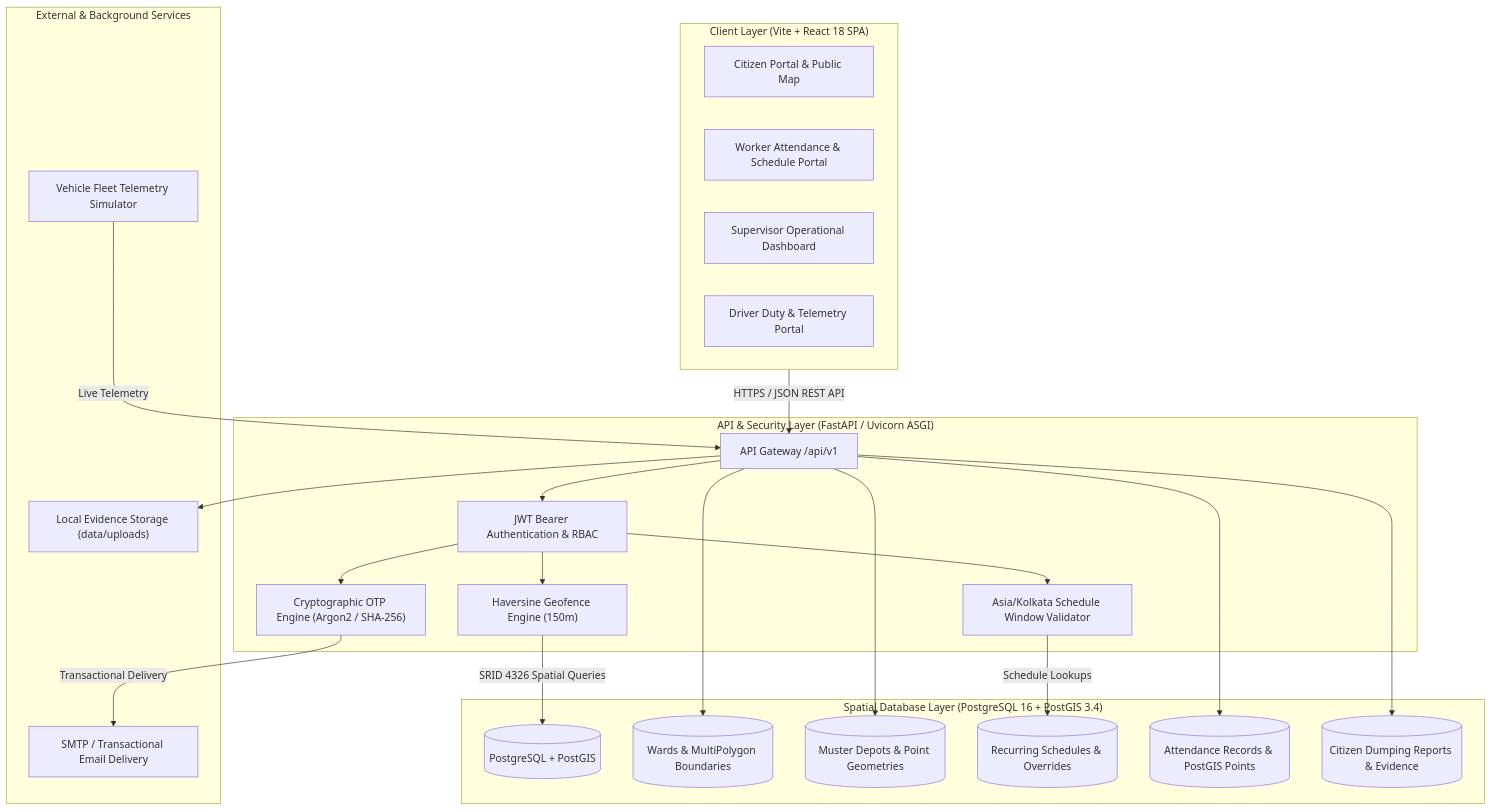
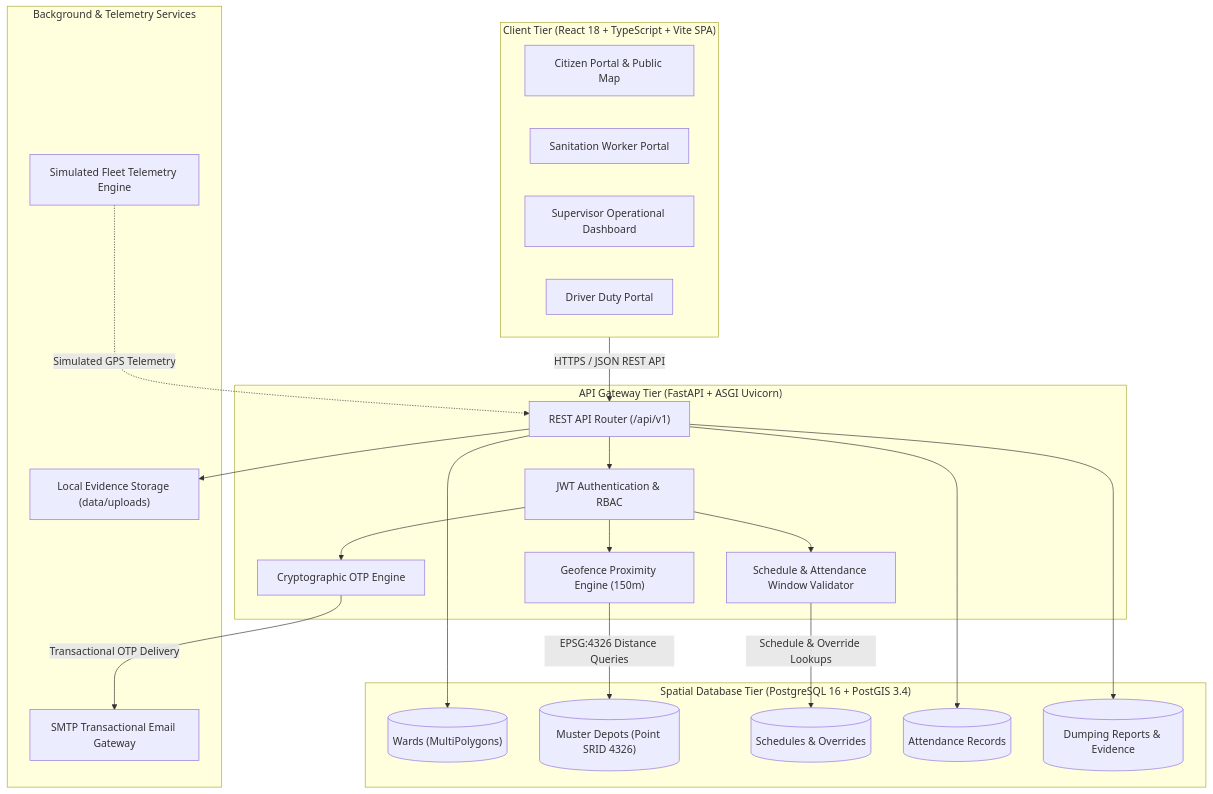
Before and after one commit to prathampoojari13/NammaClean: the diagram in README.md, drawn with Mermaid. The commit also changed other lines of this file, not shown here.

````diff
--- a/README.md
+++ b/README.md
@@ -94,49 +118,47 @@
 ```mermaid
 flowchart TD
-    subgraph ClientLayer["Client Layer (Vite + React 18 SPA)"]
-        CP[Citizen Portal & Public Map]
-        WP[Worker Attendance & Schedule Portal]
-        SD[Supervisor Operational Dashboard]
-        DP[Driver Duty & Telemetry Portal]
+    subgraph Client["Client Tier (React 18 + TypeScript + Vite SPA)"]
+        CP["Citizen Portal & Public Map"]
+        WP["Sanitation Worker Portal"]
+        SD["Supervisor Operational Dashboard"]
+        DP["Driver Duty Portal"]
     end
 
-    subgraph APILayer["API & Security Layer (FastAPI / Uvicorn ASGI)"]
-        Router["API Gateway /api/v1"]
-        AuthMiddleware["JWT Bearer Authentication & RBAC"]
-        GeofenceEngine["Haversine Geofence Engine (150m)"]
-        ScheduleValidator["Asia/Kolkata Schedule Window Validator"]
-        OTPManager["Cryptographic OTP Engine (Argon2 / SHA-256)"]
+    subgraph API["API Gateway Tier (FastAPI + ASGI Uvicorn)"]
+        Gateway["REST API Router (/api/v1)"]
+        AuthMiddleware["JWT Authentication & RBAC"]
+        GeofenceService["Geofence Proximity Engine (150m)"]
+        ScheduleService["Schedule & Attendance Window Validator"]
+        OTPService["Cryptographic OTP Engine"]
     end
 
-    subgraph ServiceLayer["External & Background Services"]
-        SMTPGateway["SMTP / Transactional Email Delivery"]
+    subgraph Services["Background & Telemetry Services"]
+        SMTPGateway["SMTP Transactional Email Gateway"]
         EvidenceStorage["Local Evidence Storage (data/uploads)"]
-        SimulationEngine["Vehicle Fleet Telemetry Simulator"]
+        TelemetrySim["Simulated Fleet Telemetry Engine"]
     end
 
-    subgraph DataLayer["Spatial Database Layer (PostgreSQL 16 + PostGIS 3.4)"]
-        PostGIS[(PostgreSQL + PostGIS)]
-        WardsTable[(Wards & MultiPolygon Boundaries)]
-        MusterPointsTable[(Muster Depots & Point Geometries)]
-        SchedulesTable[(Recurring Schedules & Overrides)]
-        AttendanceTable[(Attendance Records & PostGIS Points)]
-        ReportsTable[(Citizen Dumping Reports & Evidence)]
+    subgraph Database["Spatial Database Tier (PostgreSQL 16 + PostGIS 3.4)"]
+        WardsTable[("Wards (MultiPolygons)")]
+        MusterTable[("Muster Depots (Point SRID 4326)")]
+        SchedulesTable[("Schedules & Overrides")]
+        AttendanceTable[("Attendance Records")]
+        ReportsTable[("Dumping Reports & Evidence")]
     end
 
-    ClientLayer -->|HTTPS / JSON REST API| Router
-    Router --> AuthMiddleware
-    AuthMiddleware --> GeofenceEngine
-    AuthMiddleware --> ScheduleValidator
-    AuthMiddleware --> OTPManager
+    Client -->|HTTPS / JSON REST API| Gateway
+    Gateway --> AuthMiddleware
+    AuthMiddleware --> GeofenceService
+    AuthMiddleware --> ScheduleService
+    AuthMiddleware --> OTPService
 
-    OTPManager -->|Transactional Delivery| SMTPGateway
-    Router --> EvidenceStorage
-    SimulationEngine -->|Live Telemetry| Router
+    OTPService -->|Transactional OTP Delivery| SMTPGateway
+    Gateway --> EvidenceStorage
+    TelemetrySim -.->|Simulated GPS Telemetry| Gateway
 
-    GeofenceEngine -->|SRID 4326 Spatial Queries| PostGIS
-    ScheduleValidator -->|Schedule Lookups| SchedulesTable
-    Router --> WardsTable
-    Router --> MusterPointsTable
-    Router --> AttendanceTable
-    Router --> ReportsTable
+    GeofenceService -->|EPSG:4326 Distance Queries| MusterTable
+    ScheduleService -->|Schedule & Override Lookups| SchedulesTable
+    Gateway --> WardsTable
+    Gateway --> AttendanceTable
+    Gateway --> ReportsTable
 ```
````
